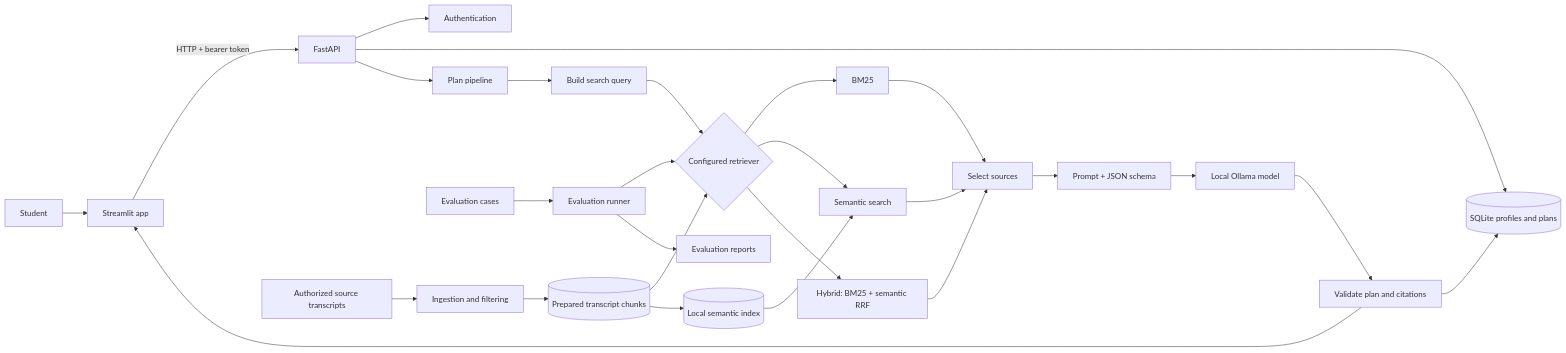
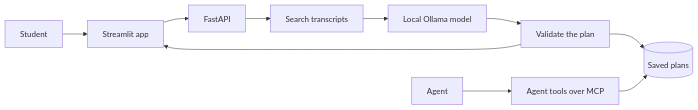
The diagram in README.md (Kingflow-23/RepWise), drawn with Mermaid before and after one commit. The commit also changed other lines of this file and 32 other files, not shown here.

````diff
--- a/README.md
+++ b/README.md
@@ -20,31 +20,12 @@
 ```mermaid
 flowchart LR
     Student --> UI[Streamlit app]
-    UI -->|HTTP + bearer token| API[FastAPI]
-    API --> Auth[Authentication]
-    API --> DB[(SQLite profiles and plans)]
-    API --> Plan[Plan pipeline]
-    Plan --> Query[Build search query]
-    Query --> Search{Configured retriever}
-    Search --> BM25[BM25]
-    Search --> Semantic[Semantic search]
-    Search --> Hybrid[Hybrid: BM25 + semantic RRF]
-    Corpus[(Prepared transcript chunks)] --> Search
-    BM25 --> Evidence[Select sources]
-    Semantic --> Evidence
-    Hybrid --> Evidence
-    Evidence --> Prompt[Prompt + JSON schema]
-    Prompt --> Ollama[Local Ollama model]
-    Ollama --> Validate[Validate plan and citations]
-    Validate --> DB
+    UI --> API[FastAPI]
+    API --> Search[Search transcripts]
+    Search --> Model[Local Ollama model]
+    Model --> Validate[Validate the plan]
+    Validate --> DB[(Saved plans)]
     Validate --> UI
-
-    Raw[Authorized source transcripts] --> Ingest[Ingestion and filtering]
-    Ingest --> Corpus
-    Corpus --> Index[(Local semantic index)]
-    Index --> Semantic
-
-    Cases[Evaluation cases] --> Eval[Evaluation runner]
-    Eval --> Search
-    Eval --> Reports[Evaluation reports]
+    Agent --> Tools[Agent tools over MCP]
+    Tools --> DB
 ```
````
